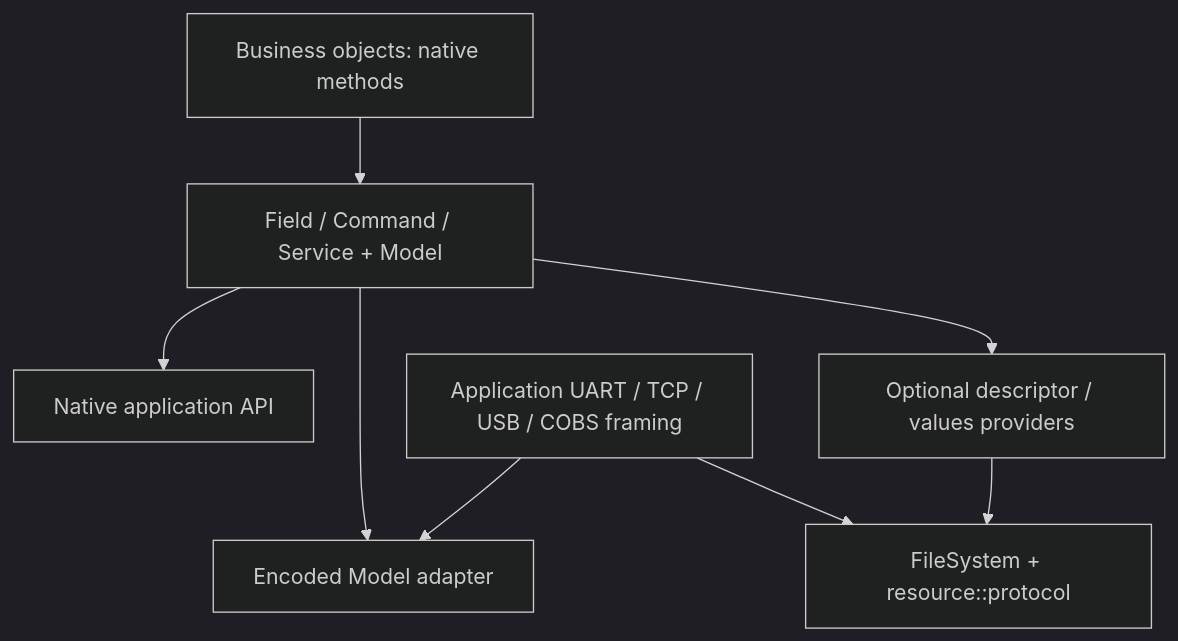
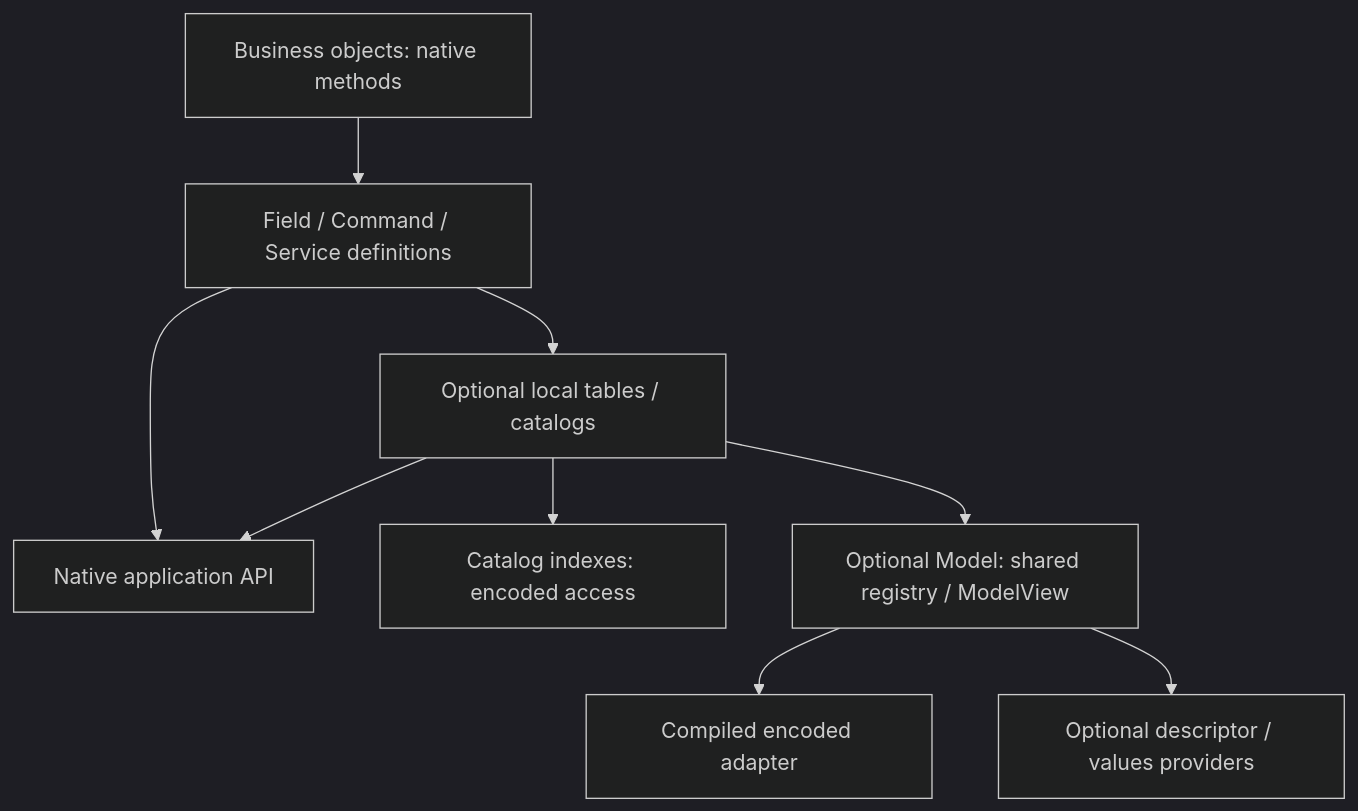
Before and after one commit to shpegun60/telemetry: the diagram in doc/user/NativeApi.md, drawn with Mermaid (dark theme). The commit also changed other lines of this file and 22 other files, not shown here.

````diff
--- a/doc/user/NativeApi.md
+++ b/doc/user/NativeApi.md
@@ -1167,10 +1089,11 @@
 ```mermaid
 flowchart TD
-    B[Business objects: native methods] --> T[Field / Command / Service + Model]
+    B[Business objects: native methods] --> T[Field / Command / Service definitions]
     T --> N[Native application API]
-    T --> A[Encoded Model adapter]
-    T --> P[Optional descriptor / values providers]
-    P --> F[FileSystem + resource::protocol]
-    R[Application UART / TCP / USB / COBS framing] --> A
-    R --> F
+    T --> L[Optional local tables / catalogs]
+    L --> N
+    L --> I[Catalog indexes: encoded access]
+    L --> M[Optional Model: shared registry / ModelView]
+    M --> A[Compiled encoded adapter]
+    M --> P[Optional descriptor / values providers]
 ```
````
